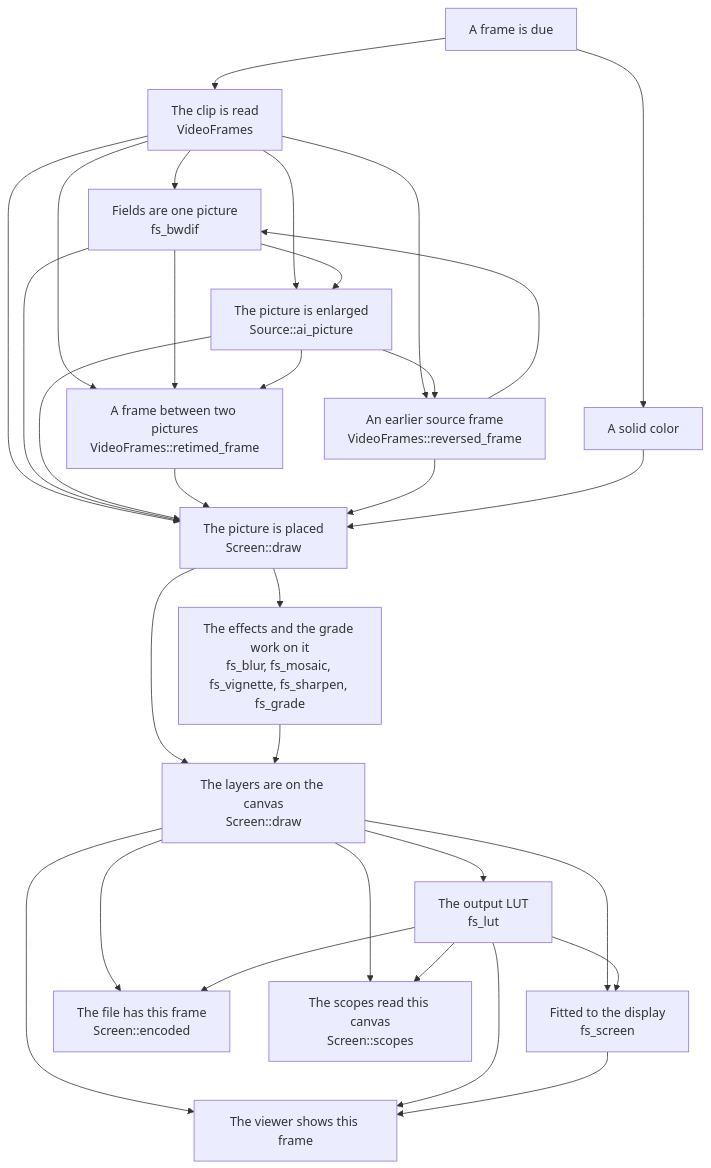
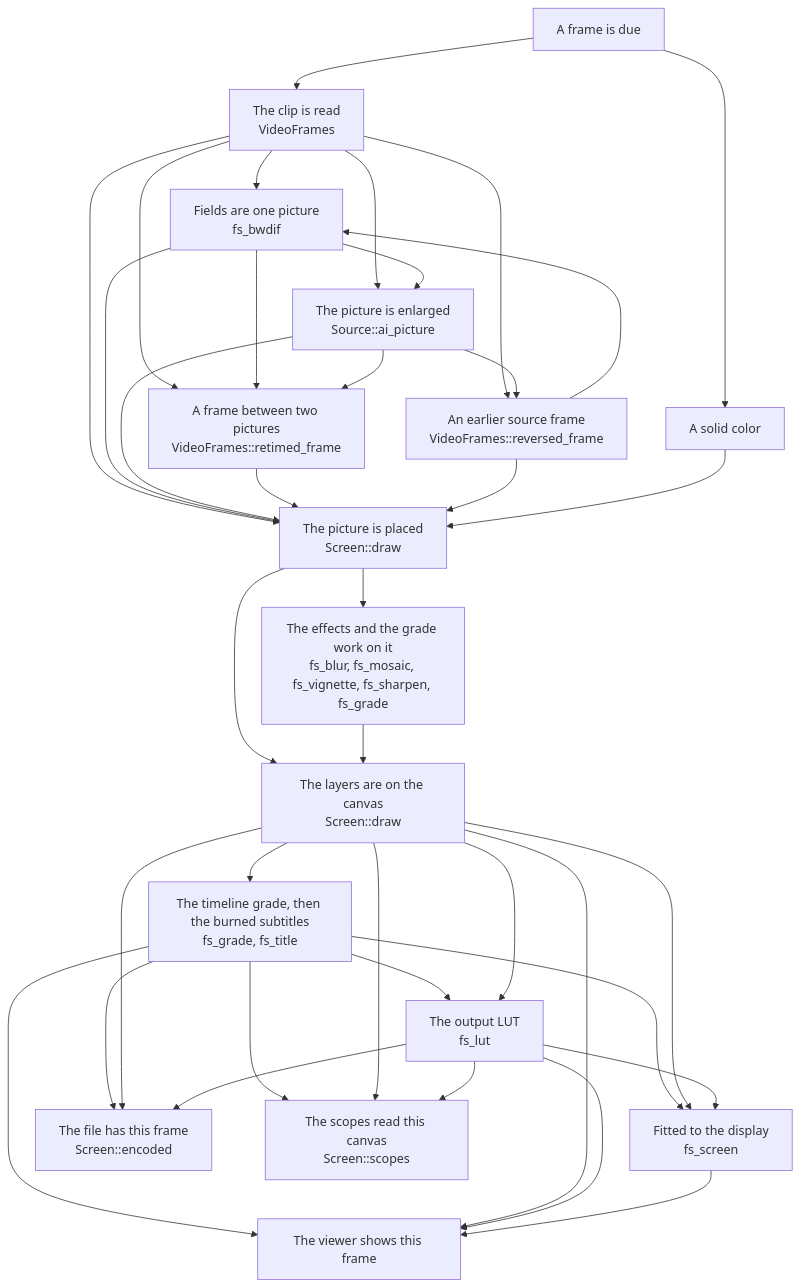
Before and after one commit to oittaa/vidcut: the third of 3 diagrams in docs/design/README.md, drawn with Mermaid. The commit also changed other lines of this file and 43 other files, not shown here.

First line of the commit message:
Color page: a timeline grade on the mixed picture

````diff
--- a/docs/design/README.md
+++ b/docs/design/README.md
@@ -61,48 +61,55 @@
 ```mermaid
 flowchart TD
   due["A frame is due"]
   read["The clip is read<br>VideoFrames"]
   solid["A solid color"]
   weave["Fields are one picture<br>fs_bwdif"]
   grow["The picture is enlarged<br>Source::ai_picture"]
   between["A frame between two pictures<br>VideoFrames::retimed_frame"]
   earlier["An earlier source frame<br>VideoFrames::reversed_frame"]
   place["The picture is placed<br>Screen::draw"]
   fx["The effects and the grade work on it<br>fs_blur, fs_mosaic, fs_vignette, fs_sharpen, fs_grade"]
   mix["The layers are on the canvas<br>Screen::draw"]
+  graded["The timeline grade, then the burned subtitles<br>fs_grade, fs_title"]
   looked["The output LUT<br>fs_lut"]
   show["The viewer shows this frame"]
   mapped["Fitted to the display<br>fs_screen"]
   file["The file has this frame<br>Screen::encoded"]
   scopes["The scopes read this canvas<br>Screen::scopes"]
   due --> read
   due --> solid
   read --> weave
   read --> grow
   read --> between
   read --> earlier
   read --> place
   weave --> grow
   weave --> between
   weave --> place
   grow --> between
   grow --> earlier
   grow --> place
   between --> place
   earlier --> weave
   earlier --> place
   solid --> place
   place --> fx
   place --> mix
   fx --> mix
+  mix --> graded
+  graded --> looked
+  graded --> show
+  graded --> mapped
+  graded --> file
+  graded --> scopes
   mix --> looked
   mix --> show
   mix --> mapped
   mix --> file
   mix --> scopes
   looked --> show
   looked --> mapped
   looked --> file
   looked --> scopes
   mapped --> show
 ```
````
